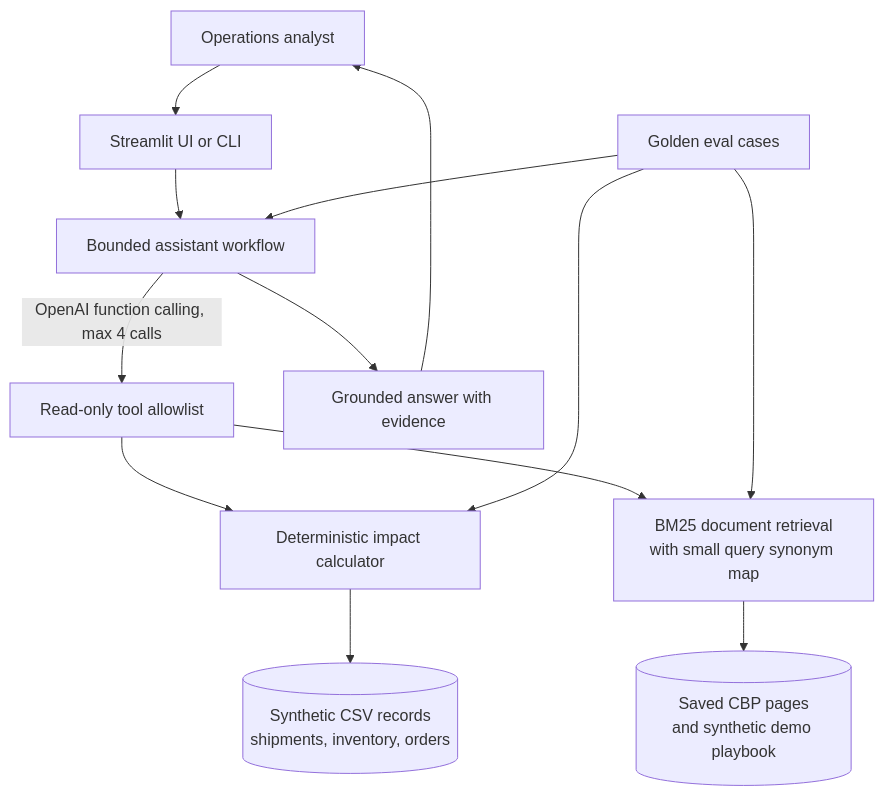
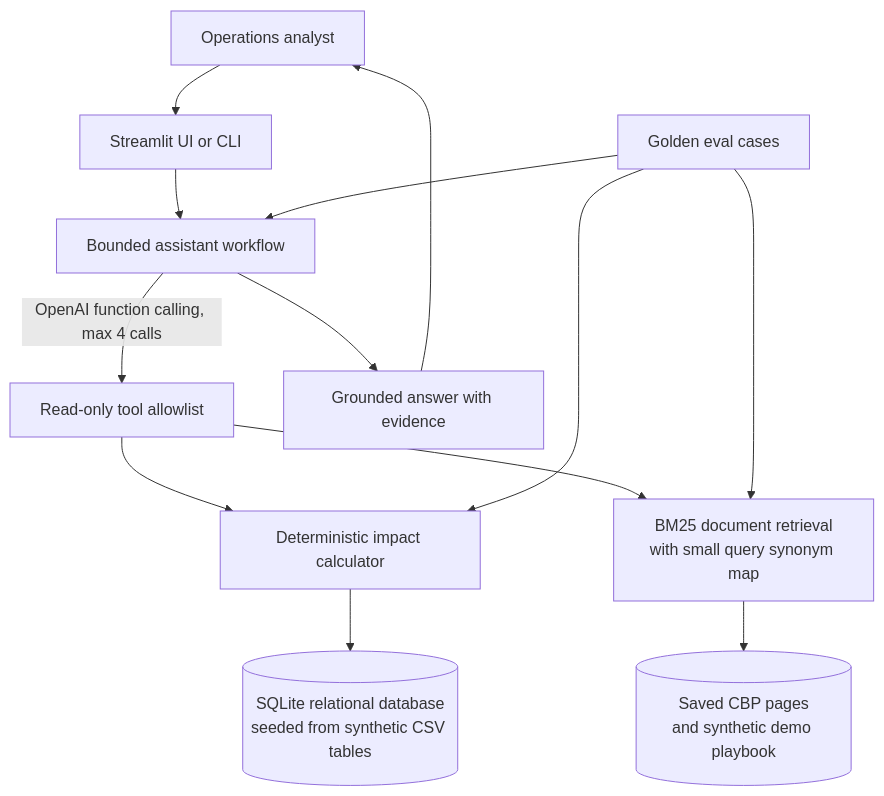
One commit to meshreyy/evidence-ai changed the diagram in docs/architecture.md. Above: the diagram before and after it, drawn with Mermaid. The commit also changed other lines of this file and 20 other files, not shown here.

Commit message:
Add relational synthetic dataset and dark operations UI

````diff
--- a/docs/architecture.md
+++ b/docs/architecture.md
@@ -3,15 +3,15 @@
 ```mermaid
 flowchart TD
     U[Operations analyst] --> UI[Streamlit UI or CLI]
     UI --> W[Bounded assistant workflow]
     W -->|OpenAI function calling, max 4 calls| T[Read-only tool allowlist]
     T --> C[Deterministic impact calculator]
-    C --> CSV[(Synthetic CSV records\nshipments, inventory, orders)]
+    C --> DB[(SQLite relational database\nseeded from synthetic CSV tables)]
     T --> R[BM25 document retrieval\nwith small query synonym map]
     R --> DOCS[(Saved CBP pages\nand synthetic demo playbook)]
     W --> G[Grounded answer with evidence]
     G --> U
     E[Golden eval cases] --> C
     E --> R
     E --> W
 ```
````
